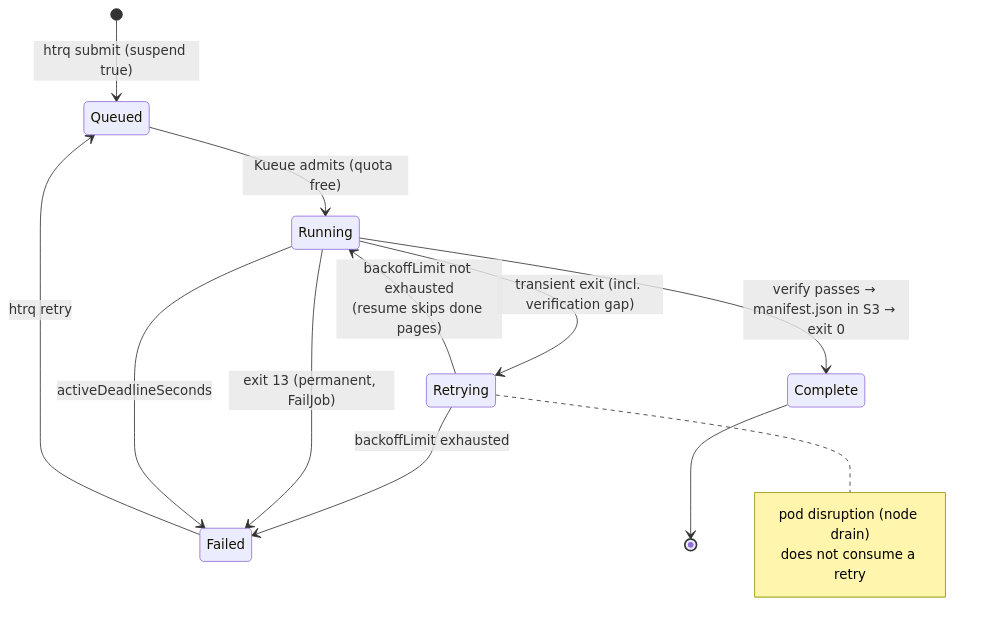
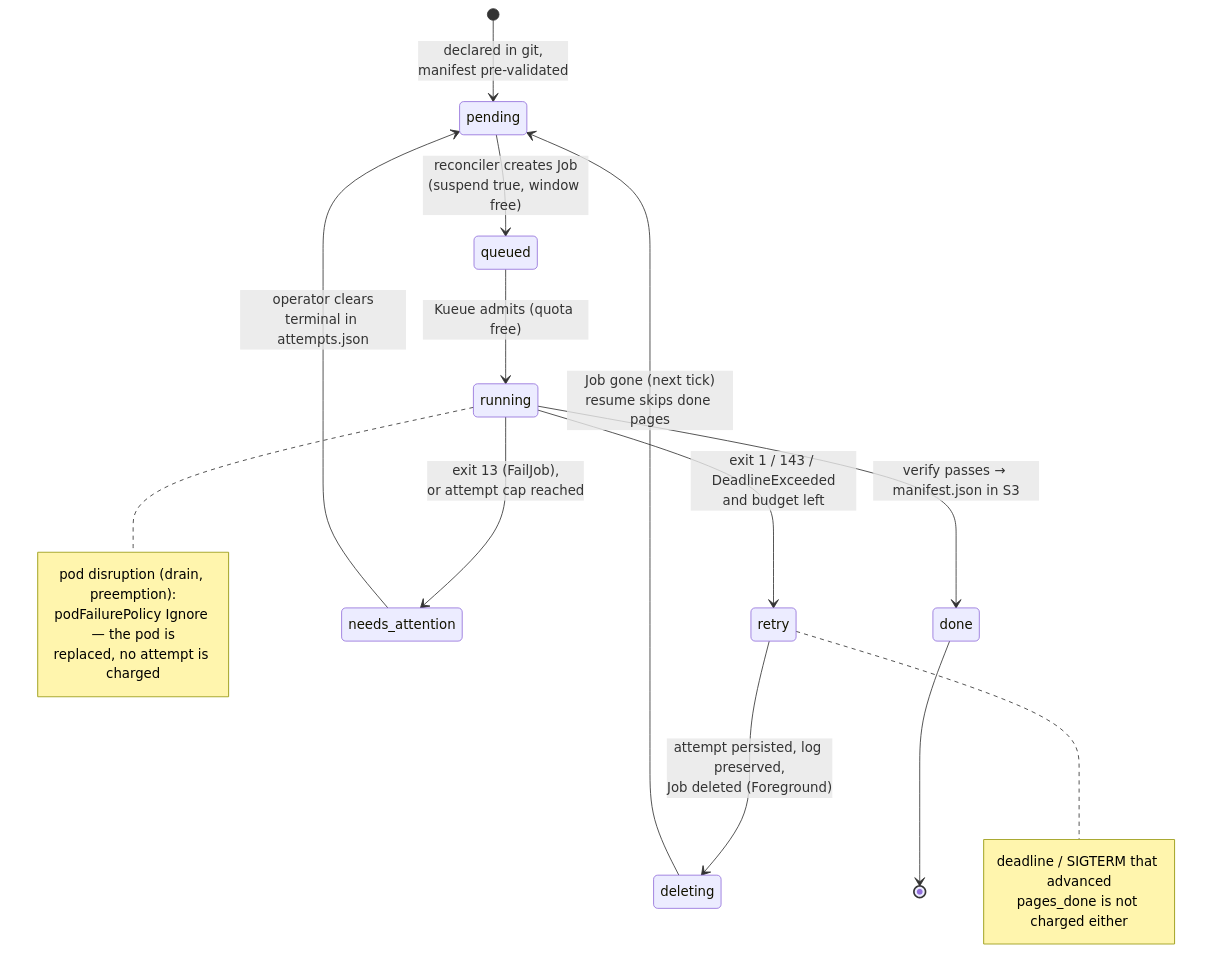
The diagram in docs/how-it-works/failure-handling.md (AI-Riksarkivet/htrflow-batch), drawn with Mermaid before and after one commit. The commit also changed other lines of this file and 2 other files, not shown here.

First line of the commit message:
docs(how-it-works): failure handling and the Job contract as built (D-H2, X5, D-L1, D-L4, D-L6, D-L7)

````diff
--- a/docs/how-it-works/failure-handling.md
+++ b/docs/how-it-works/failure-handling.md
@@ -3,17 +10,22 @@
 ```mermaid
 stateDiagram-v2
-    [*] --> Queued: htrq submit (suspend true)
-    Queued --> Running: Kueue admits (quota free)
-    Running --> Complete: verify passes → manifest.json in S3 → exit 0
-    Running --> Retrying: transient exit (incl. verification gap)
-    Retrying --> Running: backoffLimit not exhausted<br/>(resume skips done pages)
-    Retrying --> Failed: backoffLimit exhausted
-    Running --> Failed: exit 13 (permanent, FailJob)
-    Running --> Failed: activeDeadlineSeconds
-    Failed --> Queued: htrq retry
-    Complete --> [*]
-    note right of Retrying
-        pod disruption (node drain)
-        does not consume a retry
+    [*] --> pending: declared in git,<br/>manifest pre-validated
+    pending --> queued: reconciler creates Job<br/>(suspend true, window free)
+    queued --> running: Kueue admits (quota free)
+    running --> done: verify passes → manifest.json in S3
+    running --> retry: exit 1 / 143 / DeadlineExceeded<br/>and budget left
+    running --> needs_attention: exit 13 (FailJob),<br/>or attempt cap reached
+    retry --> deleting: attempt persisted, log preserved,<br/>Job deleted (Foreground)
+    deleting --> pending: Job gone (next tick)<br/>resume skips done pages
+    needs_attention --> pending: operator clears<br/>terminal in attempts.json
+    done --> [*]
+    note right of running
+        pod disruption (drain, preemption):
+        podFailurePolicy Ignore — the pod is
+        replaced, no attempt is charged
+    end note
+    note right of retry
+        deadline / SIGTERM that advanced
+        pages_done is not charged either
     end note
 ```
````
